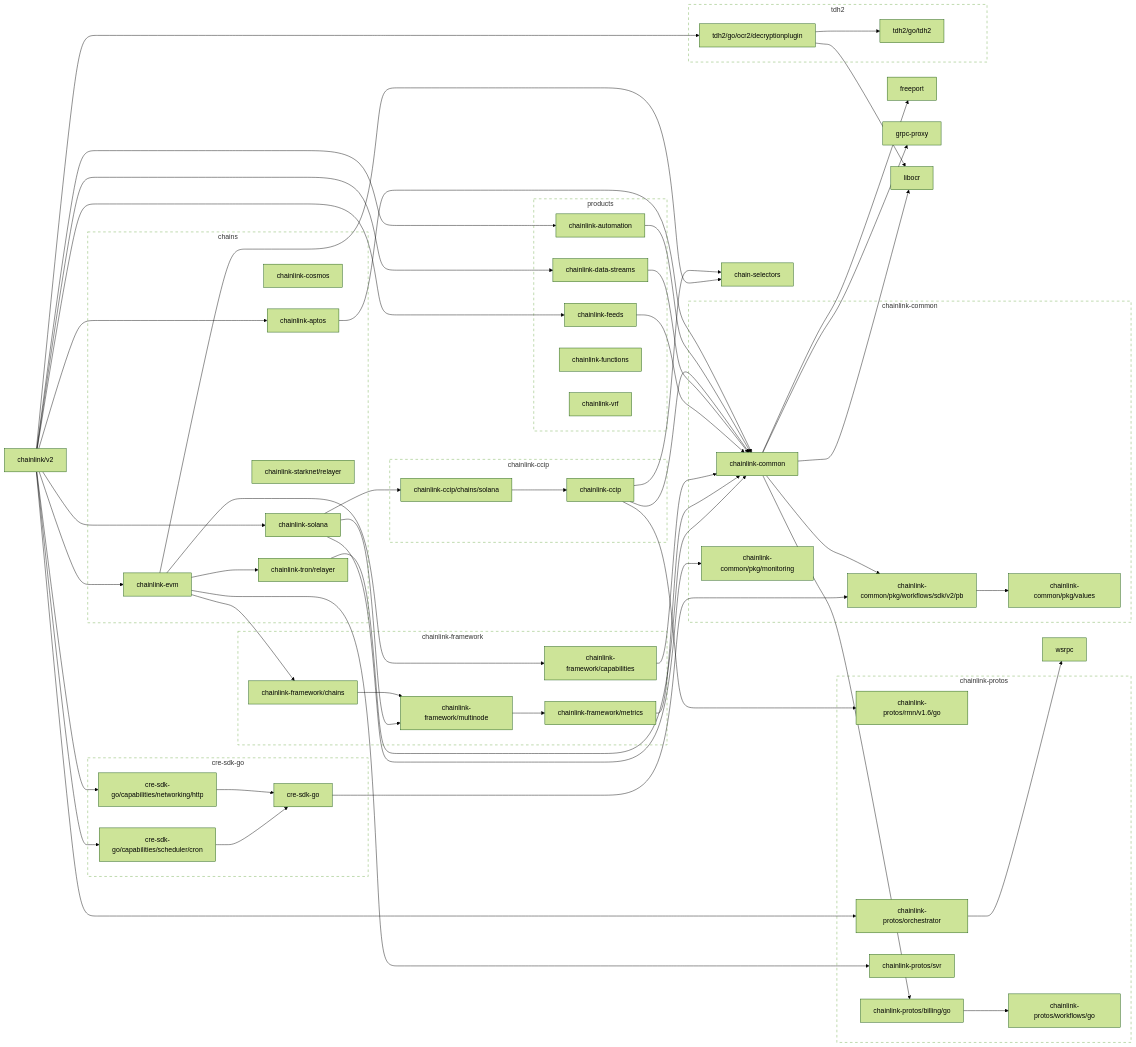
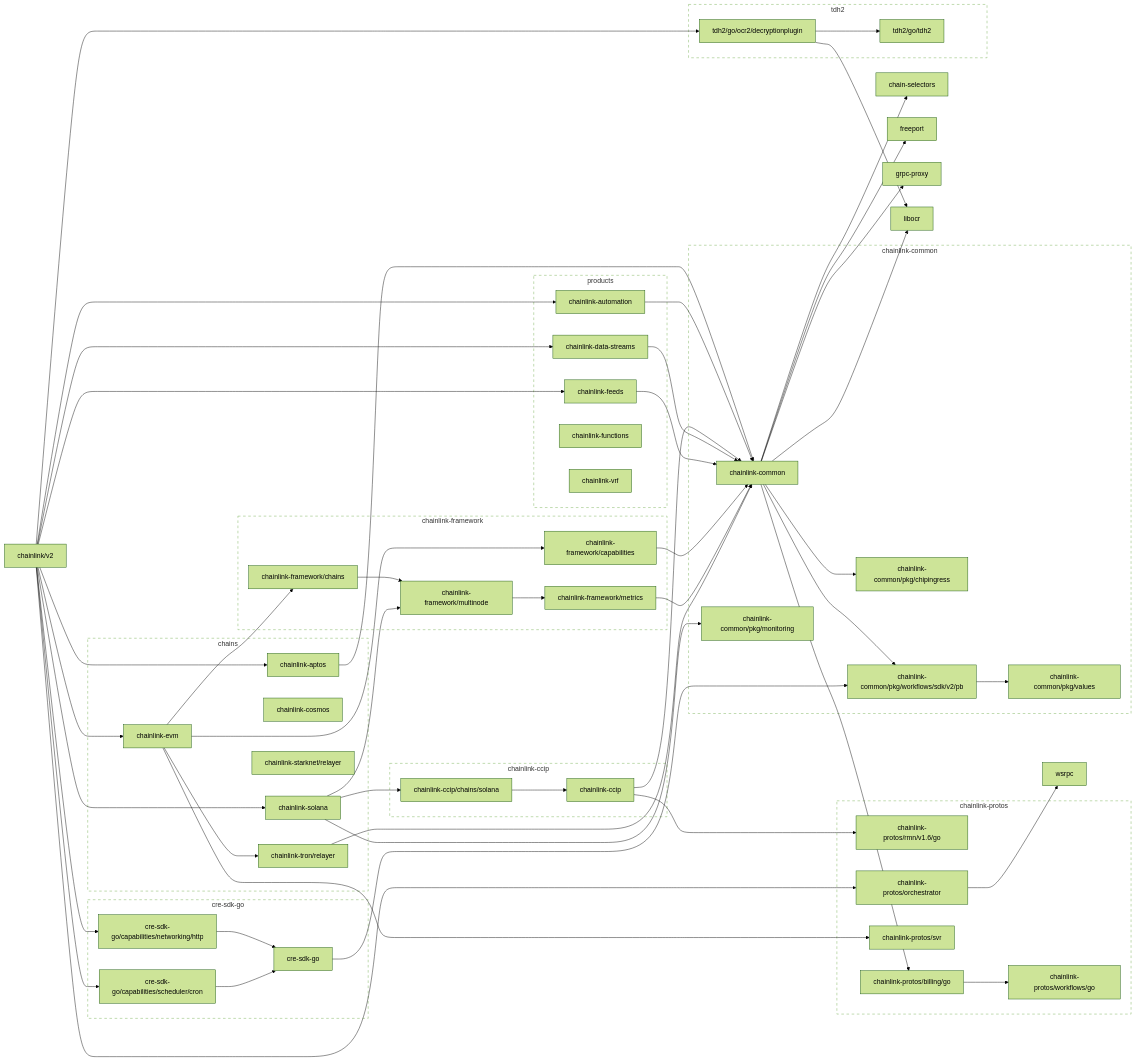
Before and after one commit to JohnDaWalka/chainlink: the first of 2 diagrams in go.md, drawn with Mermaid (forest theme). The commit also changed other lines of this file and 15 other files, not shown here.

```diff
--- a/go.md
+++ b/go.md
@@ -28,18 +28,21 @@
 	click chainlink-aptos href "https://github.com/smartcontractkit/chainlink-aptos"
 	chainlink-automation --> chainlink-common
 	click chainlink-automation href "https://github.com/smartcontractkit/chainlink-automation"
-	chainlink-ccip --> chain-selectors
 	chainlink-ccip --> chainlink-common
 	chainlink-ccip --> chainlink-protos/rmn/v1.6/go
 	click chainlink-ccip href "https://github.com/smartcontractkit/chainlink-ccip"
 	chainlink-ccip/chains/solana --> chainlink-ccip
 	click chainlink-ccip/chains/solana href "https://github.com/smartcontractkit/chainlink-ccip"
+	chainlink-common --> chain-selectors
+	chainlink-common --> chainlink-common/pkg/chipingress
 	chainlink-common --> chainlink-common/pkg/workflows/sdk/v2/pb
 	chainlink-common --> chainlink-protos/billing/go
 	chainlink-common --> freeport
 	chainlink-common --> grpc-proxy
 	chainlink-common --> libocr
 	click chainlink-common href "https://github.com/smartcontractkit/chainlink-common"
+	chainlink-common/pkg/chipingress
+	click chainlink-common/pkg/chipingress href "https://github.com/smartcontractkit/chainlink-common"
 	chainlink-common/pkg/monitoring
 	click chainlink-common/pkg/monitoring href "https://github.com/smartcontractkit/chainlink-common"
 	chainlink-common/pkg/values
@@ -48,7 +51,6 @@
 	click chainlink-common/pkg/workflows/sdk/v2/pb href "https://github.com/smartcontractkit/chainlink-common"
 	chainlink-data-streams --> chainlink-common
 	click chainlink-data-streams href "https://github.com/smartcontractkit/chainlink-data-streams"
-	chainlink-evm --> chain-selectors
 	chainlink-evm --> chainlink-framework/capabilities
 	chainlink-evm --> chainlink-framework/chains
 	chainlink-evm --> chainlink-protos/svr
@@ -119,6 +121,7 @@
 
 	subgraph chainlink-common-repo[chainlink-common]
 		 chainlink-common
+		 chainlink-common/pkg/chipingress
 		 chainlink-common/pkg/monitoring
 		 chainlink-common/pkg/values
 		 chainlink-common/pkg/workflows/sdk/v2/pb
```
